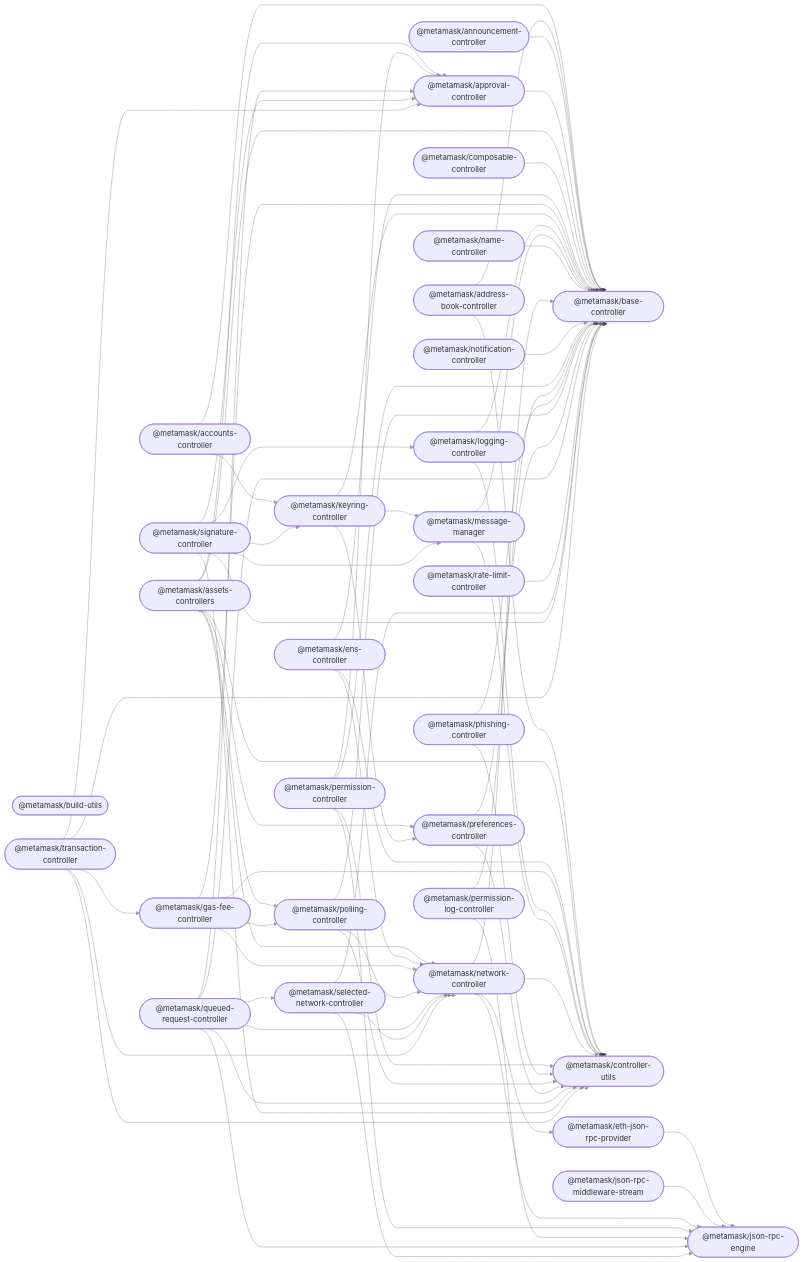
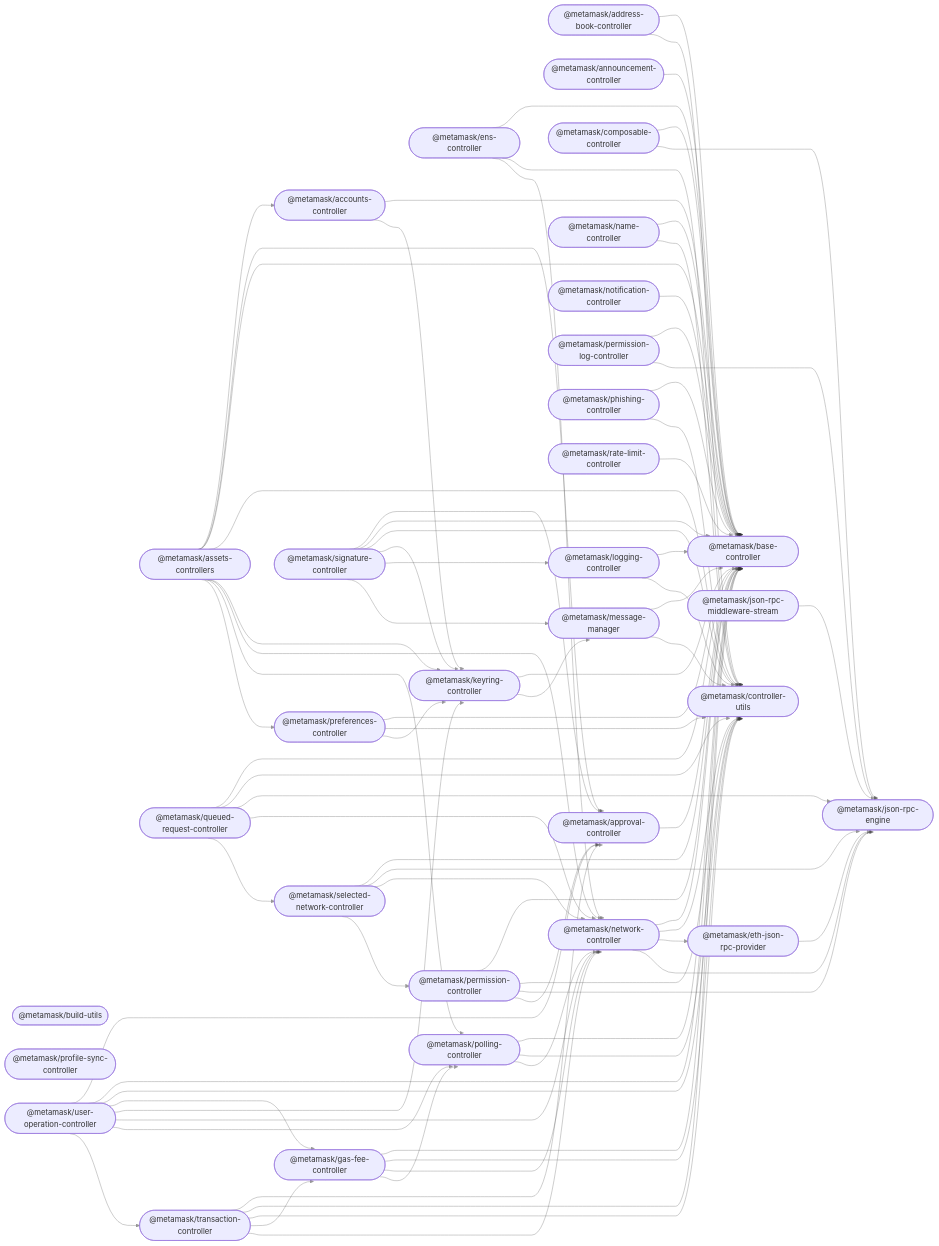
Before and after one commit to MetaMask/core: the diagram in README.md, drawn with Mermaid. The commit also changed other lines of this file and 17 other files, not shown here.

Commit message:
feat: created profile-sync-sdk package

````diff
--- a/README.md
+++ b/README.md
@@ -74,24 +76,29 @@
   phishing_controller(["@metamask/phishing-controller"]);
   polling_controller(["@metamask/polling-controller"]);
   preferences_controller(["@metamask/preferences-controller"]);
+  profile_sync_controller(["@metamask/profile-sync-controller"]);
   queued_request_controller(["@metamask/queued-request-controller"]);
   rate_limit_controller(["@metamask/rate-limit-controller"]);
   selected_network_controller(["@metamask/selected-network-controller"]);
   signature_controller(["@metamask/signature-controller"]);
   transaction_controller(["@metamask/transaction-controller"]);
+  user_operation_controller(["@metamask/user-operation-controller"]);
   accounts_controller --> base_controller;
   accounts_controller --> keyring_controller;
   address_book_controller --> base_controller;
   address_book_controller --> controller_utils;
   announcement_controller --> base_controller;
   approval_controller --> base_controller;
+  assets_controllers --> accounts_controller;
   assets_controllers --> approval_controller;
   assets_controllers --> base_controller;
   assets_controllers --> controller_utils;
+  assets_controllers --> keyring_controller;
   assets_controllers --> network_controller;
   assets_controllers --> polling_controller;
   assets_controllers --> preferences_controller;
   composable_controller --> base_controller;
+  composable_controller --> json_rpc_engine;
   ens_controller --> base_controller;
   ens_controller --> controller_utils;
   ens_controller --> network_controller;
@@ -103,21 +110,21 @@
   json_rpc_middleware_stream --> json_rpc_engine;
   keyring_controller --> base_controller;
   keyring_controller --> message_manager;
-  keyring_controller --> preferences_controller;
   logging_controller --> base_controller;
   logging_controller --> controller_utils;
   message_manager --> base_controller;
   message_manager --> controller_utils;
   name_controller --> base_controller;
+  name_controller --> controller_utils;
   network_controller --> base_controller;
   network_controller --> controller_utils;
   network_controller --> eth_json_rpc_provider;
   network_controller --> json_rpc_engine;
   notification_controller --> base_controller;
-  permission_controller --> approval_controller;
   permission_controller --> base_controller;
   permission_controller --> controller_utils;
   permission_controller --> json_rpc_engine;
+  permission_controller --> approval_controller;
   permission_log_controller --> base_controller;
   permission_log_controller --> json_rpc_engine;
   phishing_controller --> base_controller;
@@ -127,7 +134,7 @@
   polling_controller --> network_controller;
   preferences_controller --> base_controller;
   preferences_controller --> controller_utils;
-  queued_request_controller --> approval_controller;
+  preferences_controller --> keyring_controller;
   queued_request_controller --> base_controller;
   queued_request_controller --> controller_utils;
   queued_request_controller --> json_rpc_engine;
@@ -137,6 +144,7 @@
   selected_network_controller --> base_controller;
   selected_network_controller --> json_rpc_engine;
   selected_network_controller --> network_controller;
+  selected_network_controller --> permission_controller;
   signature_controller --> approval_controller;
   signature_controller --> base_controller;
   signature_controller --> controller_utils;
@@ -148,4 +156,12 @@
   transaction_controller --> controller_utils;
   transaction_controller --> gas_fee_controller;
   transaction_controller --> network_controller;
+  user_operation_controller --> approval_controller;
+  user_operation_controller --> base_controller;
+  user_operation_controller --> controller_utils;
+  user_operation_controller --> gas_fee_controller;
+  user_operation_controller --> keyring_controller;
+  user_operation_controller --> network_controller;
+  user_operation_controller --> polling_controller;
+  user_operation_controller --> transaction_controller;
 ```
````
